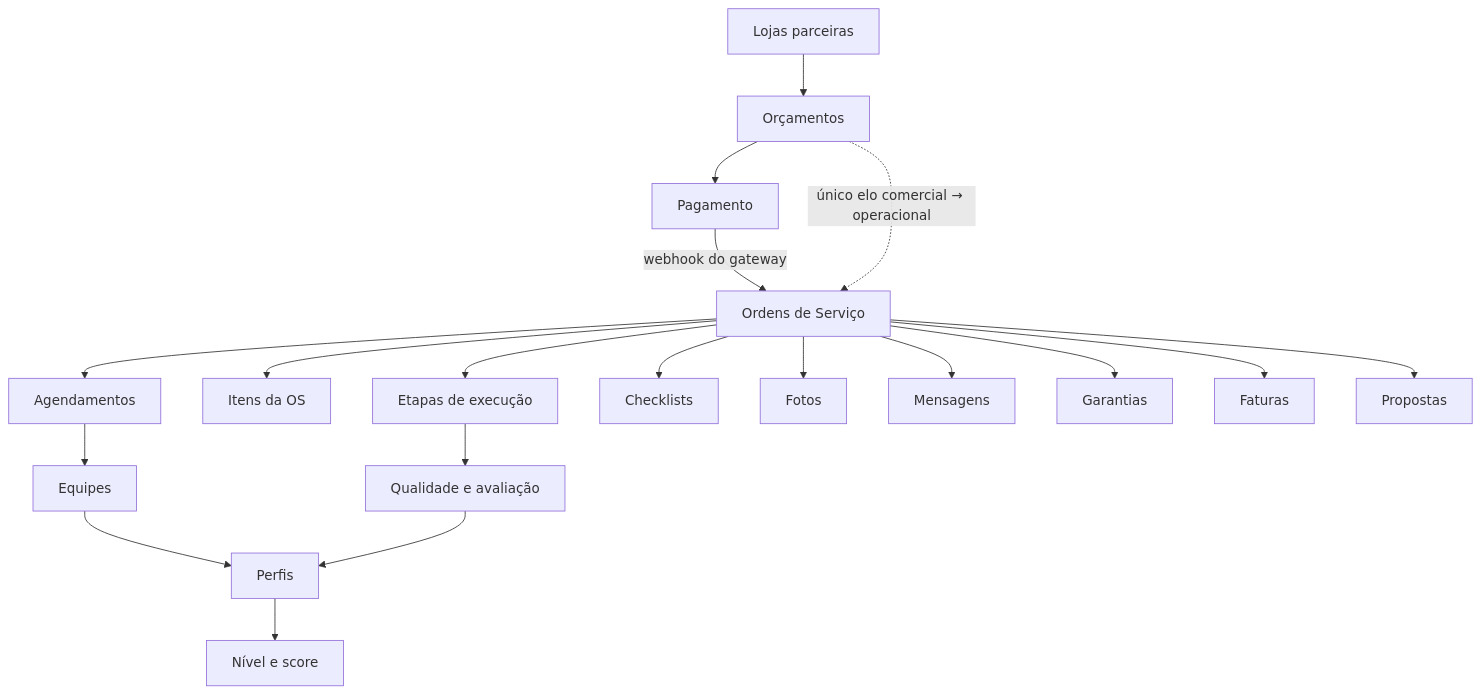
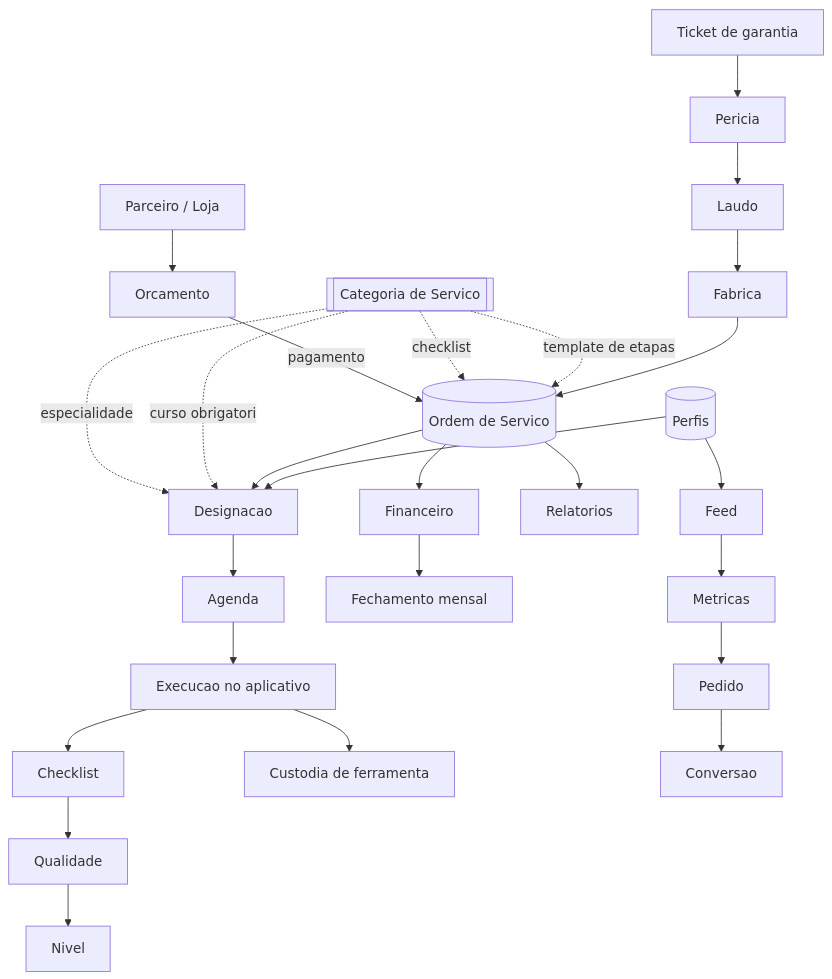
The first of 2 diagrams in docs/auditoria-arquitetura-funcional.md (Manhosu/Reallliza), drawn with Mermaid before and after one commit. The commit also changed other lines of this file, not shown here.

````diff
--- a/docs/auditoria-arquitetura-funcional.md
+++ b/docs/auditoria-arquitetura-funcional.md
@@ -234,21 +976,18 @@
 ```mermaid
 flowchart TD
-  P[Lojas parceiras] --> Q[Orçamentos]
-  Q --> PAY[Pagamento]
-  PAY -->|"webhook do gateway"| OS[Ordens de Serviço]
-  Q -.->|"único elo comercial → operacional"| OS
-  OS --> SCH[Agendamentos]
-  OS --> ITEMS[Itens da OS]
-  OS --> STEPS[Etapas de execução]
-  OS --> CHK[Checklists]
-  OS --> PHOTO[Fotos]
-  OS --> MSG[Mensagens]
-  OS --> WAR[Garantias]
-  OS --> INV[Faturas]
-  OS --> PROP[Propostas]
-  SCH --> TEAM[Equipes]
-  TEAM --> PROF[Perfis]
-  STEPS --> QUAL[Qualidade e avaliação]
-  QUAL --> PROF
-  PROF --> LEVEL[Nível e score]
+  P[Parceiro / Loja] --> Q[Orcamento]
+  Q -->|pagamento| OS[(Ordem de Servico)]
+  SC[[Categoria de Servico]] -.checklist.-> OS
+  SC -.template de etapas.-> OS
+  SC -.especialidade.-> DES[Designacao]
+  SC -.curso obrigatorio.-> DES
+  OS --> DES --> AG[Agenda] --> EX[Execucao no aplicativo]
+  EX --> CK[Checklist] --> QA[Qualidade] --> NV[Nivel]
+  EX --> FT[Custodia de ferramenta]
+  OS --> FIN[Financeiro] --> FM[Fechamento mensal]
+  OS --> REL[Relatorios]
+  G[Ticket de garantia] --> PER[Pericia] --> LAU[Laudo] --> FAB[Fabrica] --> OS
+  FEED[Feed] --> MET[Metricas] --> LEAD[Pedido] --> CONV[Conversao]
+  PROF[(Perfis)] --> FEED
+  PROF --> DES
 ```
````
